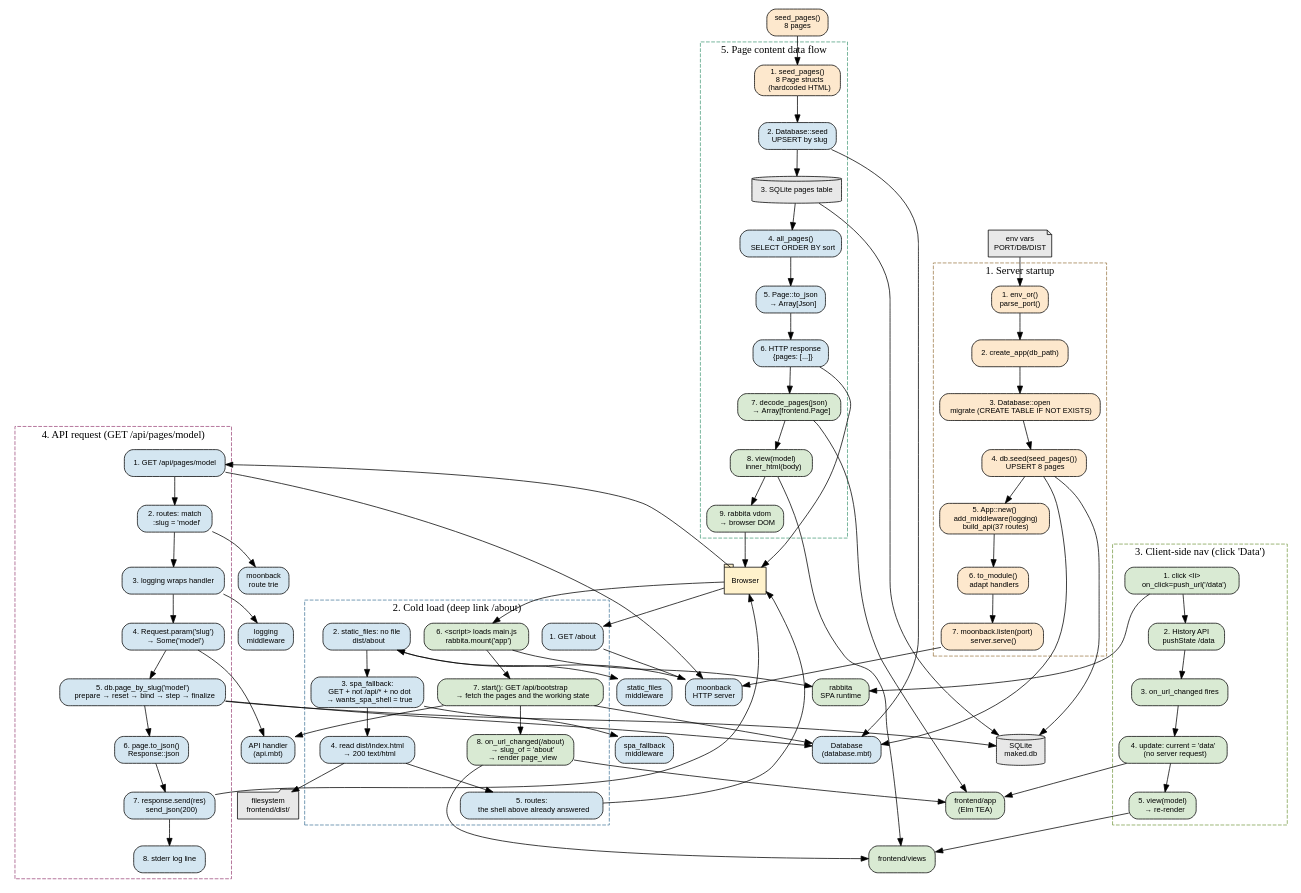
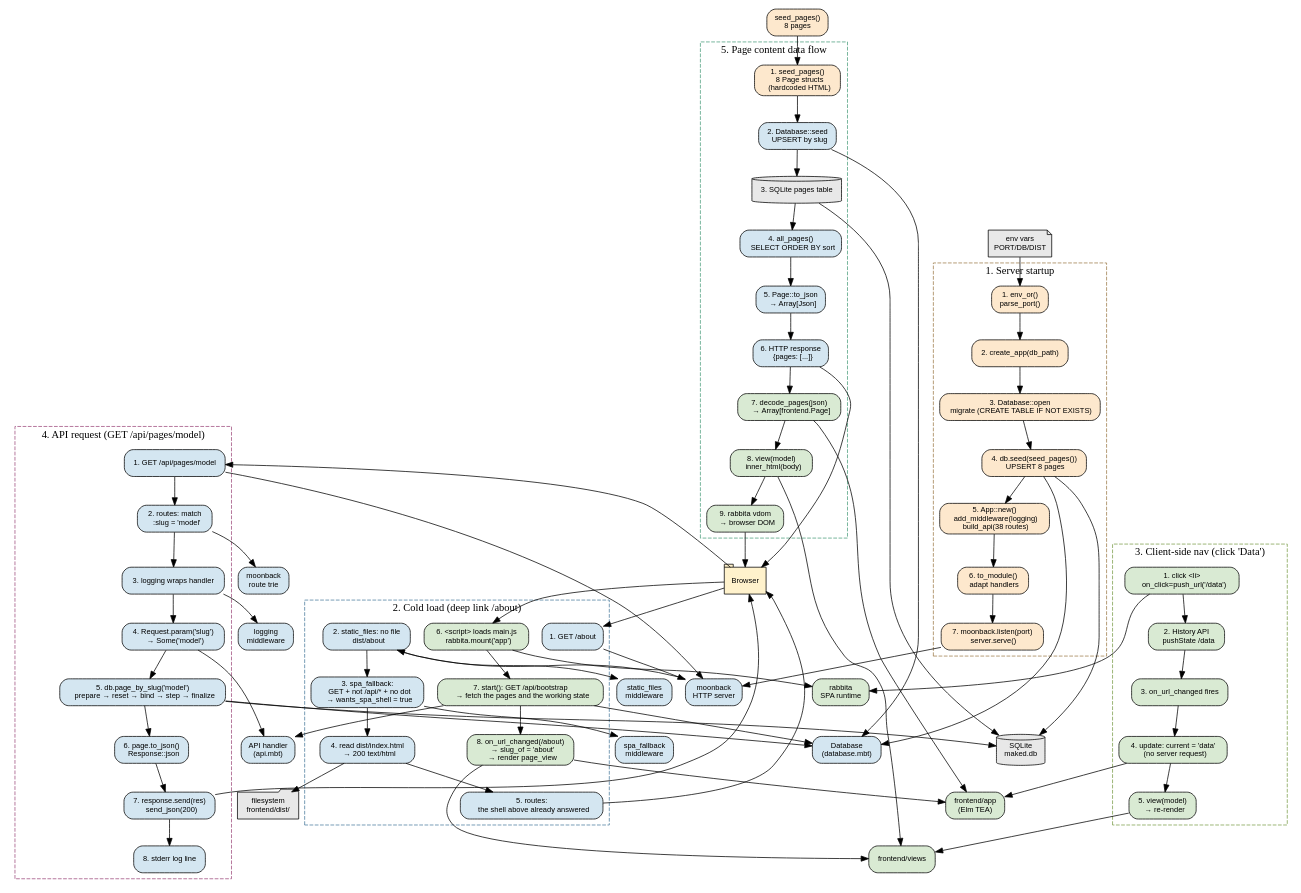
Before and after one commit to riantr/MAKED: the diagram in architecture/flows.dot, drawn with Graphviz. The commit also changed 18 other files, not shown here.

```diff
--- a/architecture/flows.dot
+++ b/architecture/flows.dot
@@ -1,176 +1,176 @@
 // MAKED Flow Graph &mdash; Graphviz DOT
 // Skill: flow-visualizer + graphviz
 //
 // Shows the five key flows: startup, cold load, client nav, API request,
 // and data flow. Each flow is a subgraph with numbered steps.
 // Render: dot -Tsvg flows.dot -o flows.svg
 
 digraph maked_flows {
   rankdir=TB
   node [shape=box, style="rounded,filled", fontname="Helvetica", fontsize=10]
   edge [fontname="Helvetica", fontsize=8]
 
   // --- Shared nodes ---
   browser [label="Browser", shape=tab, fillcolor="#fff2cc"]
   moonback [label="moonback\nHTTP server", fillcolor="#d4e6f1"]
   router [label="moonback\nroute trie", fillcolor="#d4e6f1"]
   logging [label="logging\nmiddleware", fillcolor="#d4e6f1"]
   spa_fb [label="spa_fallback\nmiddleware", fillcolor="#d4e6f1"]
   static_mw [label="static_files\nmiddleware", fillcolor="#d4e6f1"]
   api_handler [label="API handler\n(api.mbt)", fillcolor="#d4e6f1"]
   db [label="Database\n(database.mbt)", fillcolor="#d4e6f1"]
   sqlite [label="SQLite\nmaked.db", shape=cylinder, fillcolor="#e8e8e8"]
   fs [label="filesystem\nfrontend/dist/", shape=folder, fillcolor="#e8e8e8"]
   rabbita [label="rabbita\nSPA runtime", fillcolor="#d9ead3"]
   frontend_app [label="frontend/app\n(Elm TEA)", fillcolor="#d9ead3"]
   frontend_views [label="frontend/views", fillcolor="#d9ead3"]
   seed_data [label="seed_pages()\n8 pages", fillcolor="#fde8cd"]
   env [label="env vars\nPORT/DB/DIST", shape=note, fillcolor="#e8e8e8"]
 
   // ========== Flow 1: Server startup ==========
   subgraph cluster_startup {
     label="1. Server startup"
     style=dashed
     color="#9e7c4a"
 
     s1 [label="1. env_or()\nparse_port()", fillcolor="#fde8cd"]
     s2 [label="2. create_app(db_path)", fillcolor="#fde8cd"]
     s3 [label="3. Database::open\n  migrate (CREATE TABLE IF NOT EXISTS)", fillcolor="#fde8cd"]
     s4 [label="4. db.seed(seed_pages())\n  UPSERT 8 pages", fillcolor="#fde8cd"]
-    s5 [label="5. App::new()\n  add_middleware(logging)\n  build_api(37 routes)", fillcolor="#fde8cd"]
+    s5 [label="5. App::new()\n  add_middleware(logging)\n  build_api(38 routes)", fillcolor="#fde8cd"]
     s6 [label="6. to_module()\n  adapt handlers", fillcolor="#fde8cd"]
     s7 [label="7. moonback.listen(port)\n  server.serve()", fillcolor="#fde8cd"]
   }
 
   env -> s1
   s1 -> s2
   s2 -> s3
   s3 -> s4
   s4 -> db
   s4 -> sqlite
   s4 -> s5
   s5 -> s6
   s6 -> s7
   s7 -> moonback
 
   // ========== Flow 2: Cold load (deep link) ==========
   subgraph cluster_cold {
     label="2. Cold load (deep link /about)"
     style=dashed
     color="#4a7c9e"
 
     c1 [label="1. GET /about", fillcolor="#d4e6f1"]
     c2 [label="2. static_files: no file\n   dist/about", fillcolor="#d4e6f1"]
     c3 [label="3. spa_fallback:\n   GET + not /api/* + no dot\n   → wants_spa_shell = true", fillcolor="#d4e6f1"]
     c4 [label="4. read dist/index.html\n   → 200 text/html", fillcolor="#d4e6f1"]
     c5 [label="5. routes:\n   the shell above already answered", fillcolor="#d4e6f1"]
     c6 [label="6. <script> loads main.js\n   rabbita.mount('app')", fillcolor="#d9ead3"]
     c7 [label="7. start(): GET /api/bootstrap\n   → fetch the pages and the working state", fillcolor="#d9ead3"]
     c8 [label="8. on_url_changed(/about)\n   → slug_of = 'about'\n   → render page_view", fillcolor="#d9ead3"]
   }
 
   browser -> c1
   c1 -> moonback
   moonback -> c2
   c2 -> static_mw
   c2 -> c3
   c3 -> spa_fb
   c3 -> c4
   c4 -> fs
   c4 -> c5
   c5 -> browser
   browser -> c6
   c6 -> rabbita
   c6 -> c7
   c7 -> api_handler
   c7 -> db
   c7 -> c8
   c8 -> frontend_app
   c8 -> frontend_views
 
   // ========== Flow 3: Client-side navigation ==========
   subgraph cluster_nav {
     label="3. Client-side nav (click 'Data')"
     style=dashed
     color="#7c9e4a"
 
     n1 [label="1. click <li>\n   on_click=push_url('/data')", fillcolor="#d9ead3"]
     n2 [label="2. History API\n   pushState /data", fillcolor="#d9ead3"]
     n3 [label="3. on_url_changed fires", fillcolor="#d9ead3"]
     n4 [label="4. update: current = 'data'\n   (no server request)", fillcolor="#d9ead3"]
     n5 [label="5. view(model)\n   → re-render", fillcolor="#d9ead3"]
   }
 
   n1 -> rabbita
   n1 -> n2
   n2 -> n3
   n3 -> n4
   n4 -> frontend_app
   n4 -> n5
   n5 -> frontend_views
 
   // ========== Flow 4: API request ==========
   subgraph cluster_api {
     label="4. API request (GET /api/pages/model)"
     style=dashed
     color="#9e4a7c"
 
     a1 [label="1. GET /api/pages/model", fillcolor="#d4e6f1"]
     a2 [label="2. routes: match\n   :slug = 'model'", fillcolor="#d4e6f1"]
     a3 [label="3. logging wraps handler", fillcolor="#d4e6f1"]
     a4 [label="4. Request.param('slug')\n   → Some('model')", fillcolor="#d4e6f1"]
     a5 [label="5. db.page_by_slug('model')\n   prepare → reset → bind → step → finalize", fillcolor="#d4e6f1"]
     a6 [label="6. page.to_json()\n   Response::json", fillcolor="#d4e6f1"]
     a7 [label="7. response.send(res)\n   send_json(200)", fillcolor="#d4e6f1"]
     a8 [label="8. stderr log line", fillcolor="#d4e6f1"]
   }
 
   browser -> a1
   a1 -> moonback
   a1 -> a2
   a2 -> router
   a2 -> a3
   a3 -> logging
   a3 -> a4
   a4 -> api_handler
   a4 -> a5
   a5 -> db
   a5 -> sqlite
   a5 -> a6
   a6 -> a7
   a7 -> browser
   a7 -> a8
 
   // ========== Flow 5: Data flow ==========
   subgraph cluster_data {
     label="5. Page content data flow"
     style=dashed
     color="#4a9e7c"
 
     d1 [label="1. seed_pages()\n   8 Page structs\n   (hardcoded HTML)", fillcolor="#fde8cd"]
     d2 [label="2. Database::seed\n   UPSERT by slug", fillcolor="#d4e6f1"]
     d3 [label="3. SQLite pages table", shape=cylinder, fillcolor="#e8e8e8"]
     d4 [label="4. all_pages()\n   SELECT ORDER BY sort", fillcolor="#d4e6f1"]
     d5 [label="5. Page::to_json\n   → Array[Json]", fillcolor="#d4e6f1"]
     d6 [label="6. HTTP response\n   {pages: [...]}", fillcolor="#d4e6f1"]
     d7 [label="7. decode_pages(json)\n   → Array[frontend.Page]", fillcolor="#d9ead3"]
     d8 [label="8. view(model)\n   inner_html(body)", fillcolor="#d9ead3"]
     d9 [label="9. rabbita vdom\n   → browser DOM", fillcolor="#d9ead3"]
   }
 
   seed_data -> d1
   d1 -> d2
   d2 -> db
   d2 -> d3
   d3 -> sqlite
   d3 -> d4
   d4 -> d5
   d5 -> d6
   d6 -> browser
   d6 -> d7
   d7 -> frontend_app
   d7 -> d8
   d8 -> frontend_views
   d8 -> d9
   d9 -> browser
 }
```
